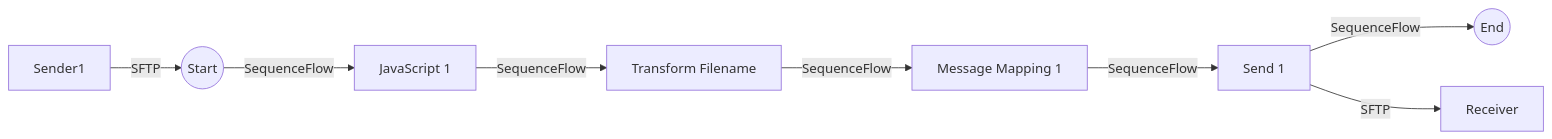
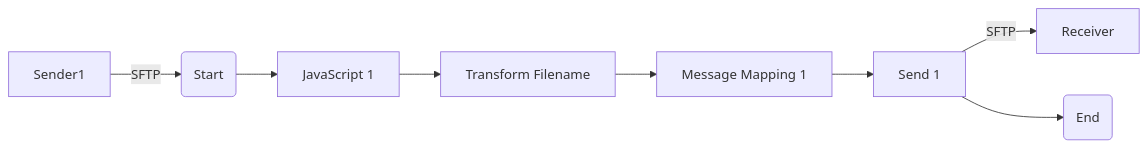
The diagram in REPSOL - SFTP IFLOWS/Connectivity_test_UK2_SFTP_copy/1.0.1/readme.md (Avvale-IA-CICD/AvvaleCPI), drawn with Mermaid before and after one commit. The commit also changed other lines of this file, not shown here.

Commit message:
docs: Add/update version README for REPSOL - SFTP IFLOWS/Connectivity_test_UK2_SFTP_copy/1.0.1

````diff
--- a/REPSOL - SFTP IFLOWS/Connectivity_test_UK2_SFTP_copy/1.0.1/readme.md
+++ b/REPSOL - SFTP IFLOWS/Connectivity_test_UK2_SFTP_copy/1.0.1/readme.md
@@ -4,11 +4,11 @@
 ```mermaid
 graph LR
     Participant_21[Sender1]
-    Participant_21 -- SFTP --> StartEvent_22((Start))
-    StartEvent_22 -- SequenceFlow --> CallActivity_30["JavaScript 1"]
-    CallActivity_30 -- SequenceFlow --> CallActivity_25["Transform Filename"]
-    CallActivity_25 -- SequenceFlow --> CallActivity_27["Message Mapping 1"]
-    CallActivity_27 -- SequenceFlow --> ServiceTask_16["Send 1"]
-    ServiceTask_16 -- SequenceFlow --> EndEvent_2((End))
+    Participant_21 -- SFTP --> StartEvent_22(Start)
+    StartEvent_22 --> CallActivity_30[JavaScript 1]
+    CallActivity_30 --> CallActivity_25[Transform Filename]
+    CallActivity_25 --> CallActivity_27[Message Mapping 1]
+    CallActivity_27 --> ServiceTask_16[Send 1]
     ServiceTask_16 -- SFTP --> Participant_2[Receiver]
+    ServiceTask_16 --> EndEvent_2(End)
 ```
````
